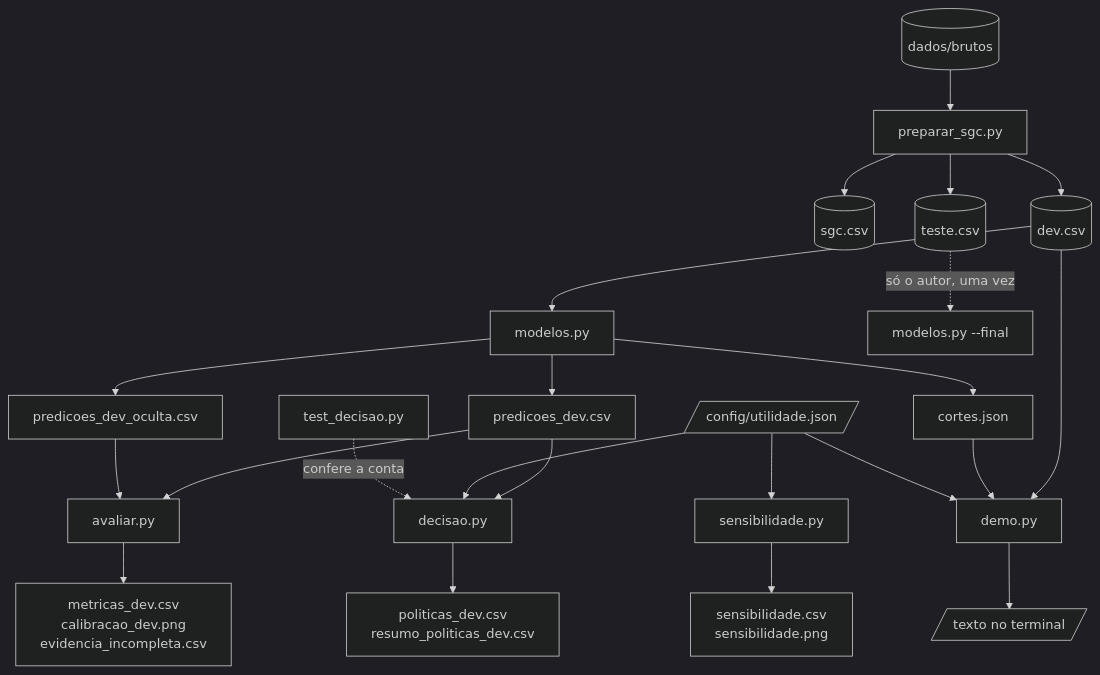
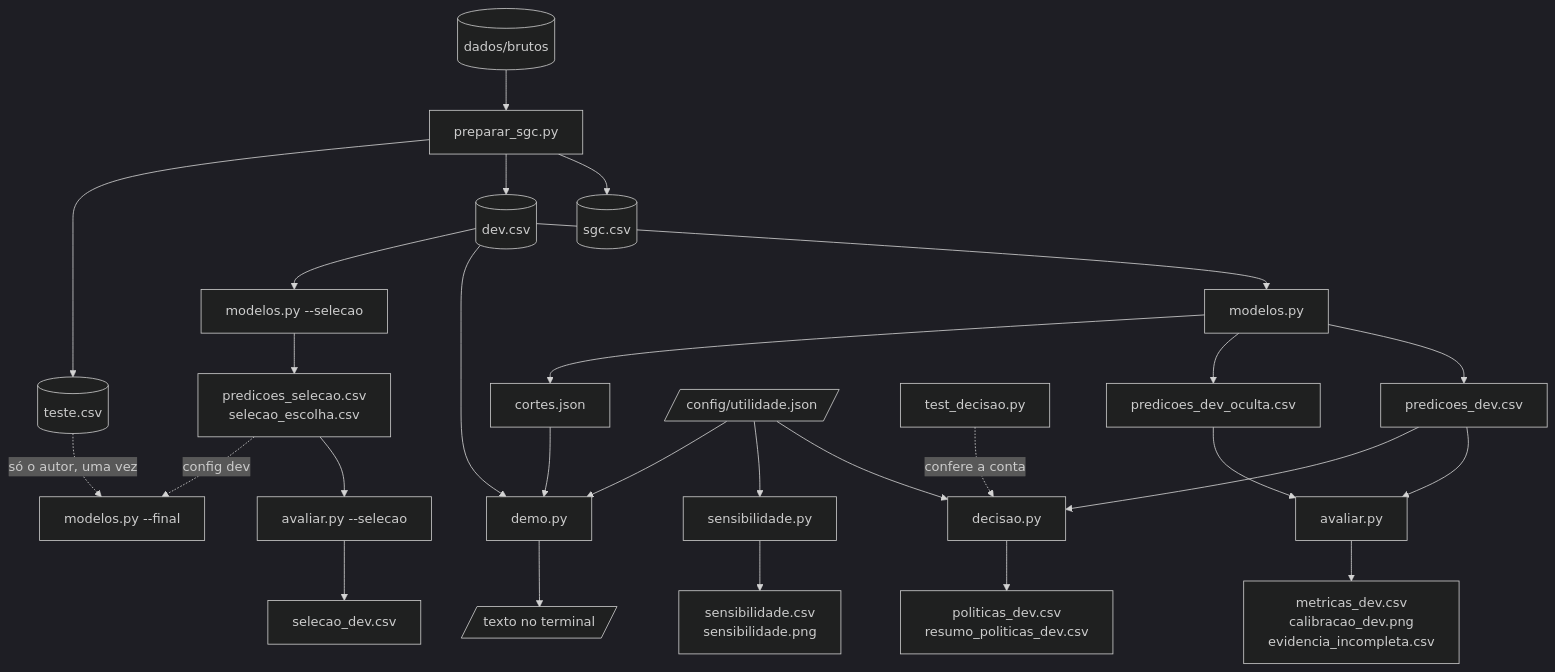
The second of 6 diagrams in docs/arquitetura.md (rodrigotriboni1/tcc-redes-bayesianas), drawn with Mermaid (dark theme) before and after one commit. The commit also changed other lines of this file and 4 other files, not shown here.

````diff
--- a/docs/arquitetura.md
+++ b/docs/arquitetura.md
@@ -21,31 +21,37 @@
 ```mermaid
 flowchart TD
     BR[(dados/brutos)] --> PS[preparar_sgc.py]
     PS --> SGC[(sgc.csv)]
     PS --> DEV[(dev.csv)]
     PS --> TESTE[(teste.csv)]
 
     DEV --> MOD[modelos.py]
     MOD --> PRED[predicoes_dev.csv]
     MOD --> OCU[predicoes_dev_oculta.csv]
     MOD --> CORTES[cortes.json]
 
     PRED --> AV[avaliar.py]
     OCU --> AV
     AV --> MET[metricas_dev.csv<br/>calibracao_dev.png<br/>evidencia_incompleta.csv]
 
     PRED --> DEC[decisao.py]
     UTIL[/config/utilidade.json/] --> DEC
     DEC --> POL[politicas_dev.csv<br/>resumo_politicas_dev.csv]
     TDEC[test_decisao.py] -. confere a conta .-> DEC
 
     UTIL --> SENS[sensibilidade.py]
     SENS --> SCSV[sensibilidade.csv<br/>sensibilidade.png]
 
     DEV --> DEMO[demo.py]
     CORTES --> DEMO
     UTIL --> DEMO
     DEMO --> TERM[/texto no terminal/]
 
+    DEV --> SELM[modelos.py --selecao]
+    SELM --> PSEL[predicoes_selecao.csv<br/>selecao_escolha.csv]
+    PSEL --> SELA[avaliar.py --selecao]
+    SELA --> SELD[selecao_dev.csv]
+    PSEL -. config dev .-> FINAL
+
     TESTE -. só o autor, uma vez .-> FINAL[modelos.py --final]
 ```
````
